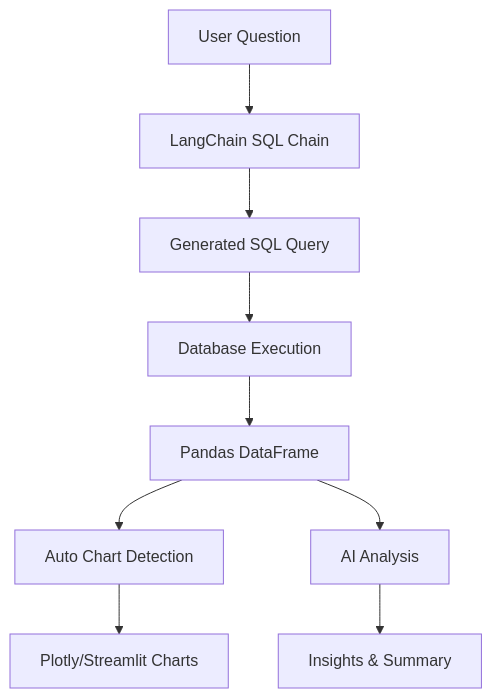
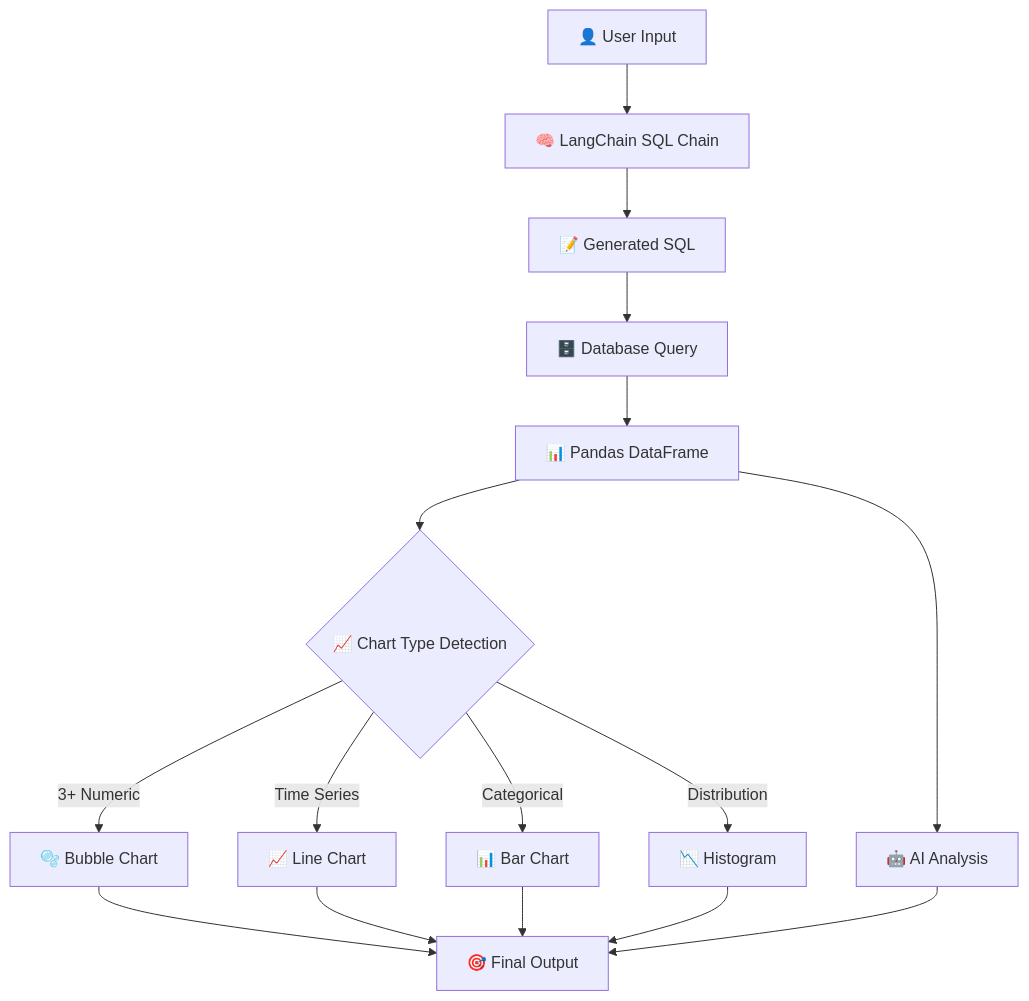
Before and after one commit to JUNAID-SOLANGI/Project-LLM: the diagram in README.md, drawn with Mermaid. The commit also changed other lines of this file, not shown here.

````diff
--- a/README.md
+++ b/README.md
@@ -150,11 +247,18 @@
 ```mermaid
-graph TD
-    A[User Question] --> B[LangChain SQL Chain]
-    B --> C[Generated SQL Query]
-    C --> D[Database Execution]
-    D --> E[Pandas DataFrame]
-    E --> F[Auto Chart Detection]
-    E --> G[AI Analysis]
-    F --> H[Plotly/Streamlit Charts]
-    G --> I[Insights & Summary]
+graph TB
+    A[👤 User Input] --> B[🧠 LangChain SQL Chain]
+    B --> C[📝 Generated SQL]
+    C --> D[🗄️ Database Query]
+    D --> E[📊 Pandas DataFrame]
+    E --> F{📈 Chart Type Detection}
+    F -->|3+ Numeric| G[🫧 Bubble Chart]
+    F -->|Time Series| H[📈 Line Chart]
+    F -->|Categorical| I[📊 Bar Chart]
+    F -->|Distribution| J[📉 Histogram]
+    E --> K[🤖 AI Analysis]
+    G --> L[🎯 Final Output]
+    H --> L
+    I --> L
+    J --> L
+    K --> L
 ```
````
